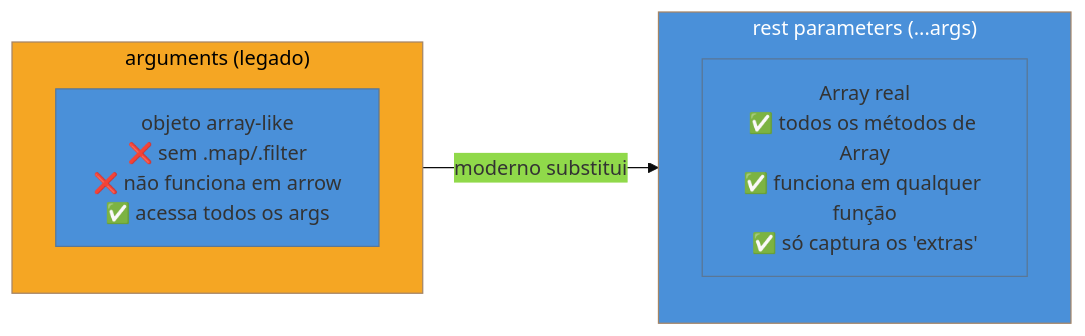
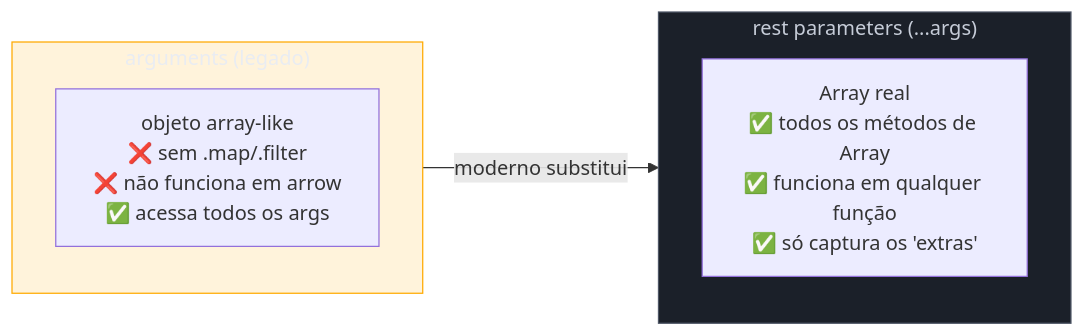
One commit to josenaldo/codex-technomanticus changed the second of 2 diagrams in 03-Dominios/Tecnologia/JavaScript/05 - Funções.md. Above: the diagram before and after it, drawn with Mermaid. The commit also changed other lines of this file and 1181 other files, not shown here.

First line of the commit message:
fix(diagramas): paleta do sistema no lugar de cor cravada no markdown

````diff
--- a/03-Dominios/Tecnologia/JavaScript/05 - Funções.md
+++ b/03-Dominios/Tecnologia/JavaScript/05 - Funções.md
@@ -290,15 +291,16 @@
 ```mermaid
-%%{init: {"theme": "base", "themeVariables": {"primaryColor": "#4A90D9"}}}%%
 graph LR
+    classDef destaque fill:#FFAA0024,stroke:#FFAA00,color:#E9ECF2
+    classDef neutro fill:#1B2029,stroke:#4E5666,color:#C6CCD8
     subgraph arguments["arguments (legado)"]
         A1["objeto array-like\n❌ sem .map/.filter\n❌ não funciona em arrow\n✅ acessa todos os args"]
     end
     subgraph rest["rest parameters (...args)"]
         B1["Array real\n✅ todos os métodos de Array\n✅ funciona em qualquer função\n✅ só captura os 'extras'"]
     end
 
     arguments -->|moderno substitui| rest
 
-    style arguments fill:#F5A623,color:#000
-    style rest fill:#4A90D9,color:#fff
+    class arguments destaque
+    class rest neutro
 ```
````
